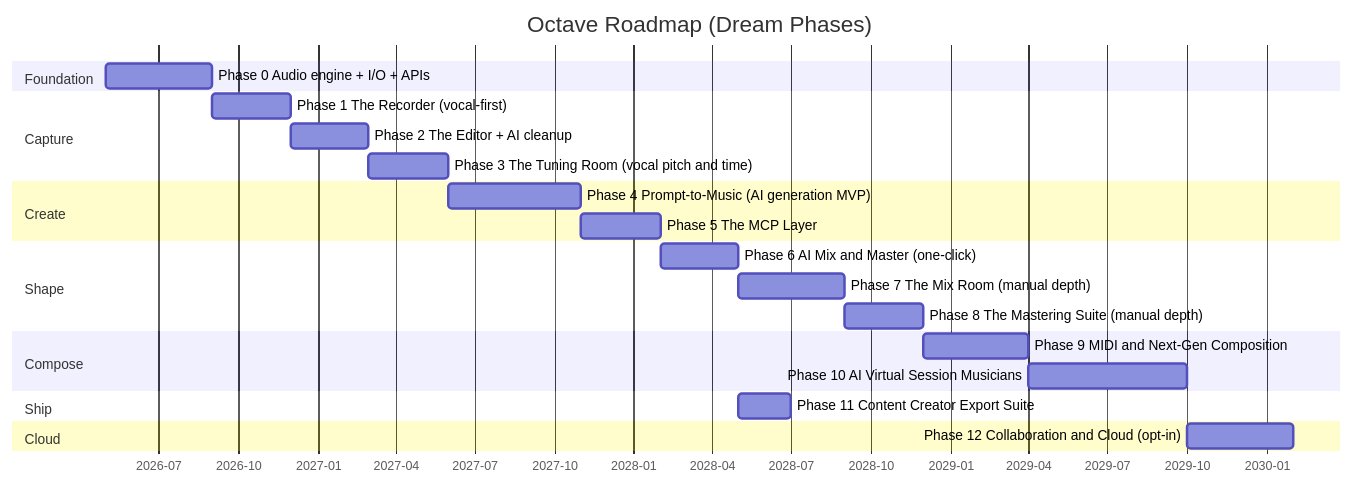
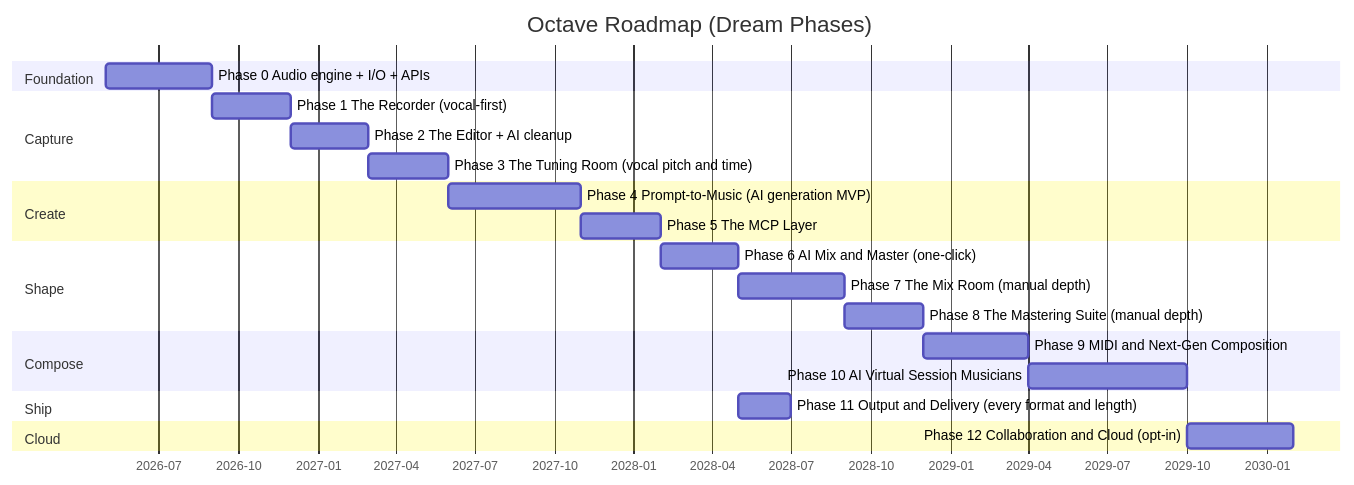
Before and after one commit to sandeepsj/octave: the fourth of 4 diagrams in PLAN.md, drawn with Mermaid. The commit also changed other lines of this file and 1 other file, not shown here.

First line of the commit message:
Broaden vision: not short-form-only, every listening context

````diff
--- a/PLAN.md
+++ b/PLAN.md
@@ -451,27 +484,27 @@
 ```mermaid
 gantt
     title Octave Roadmap (Dream Phases)
     dateFormat  YYYY-MM
     axisFormat  %Y-%m
 
     section Foundation
     Phase 0 Audio engine + I/O + APIs                 :p0, 2026-05, 4M
     section Capture
     Phase 1 The Recorder (vocal-first)                :p1, after p0, 3M
     Phase 2 The Editor + AI cleanup                   :p2, after p1, 3M
     Phase 3 The Tuning Room (vocal pitch and time)    :p3, after p2, 3M
     section Create
     Phase 4 Prompt-to-Music (AI generation MVP)       :p4, after p3, 5M
     Phase 5 The MCP Layer                             :p5, after p4, 3M
     section Shape
     Phase 6 AI Mix and Master (one-click)             :p6, after p5, 3M
     Phase 7 The Mix Room (manual depth)               :p7, after p6, 4M
     Phase 8 The Mastering Suite (manual depth)        :p8, after p7, 3M
     section Compose
     Phase 9 MIDI and Next-Gen Composition             :p9, after p8, 4M
     Phase 10 AI Virtual Session Musicians             :p10, after p9, 6M
     section Ship
-    Phase 11 Content Creator Export Suite             :p11, after p6, 2M
+    Phase 11 Output and Delivery (every format and length) :p11, after p6, 2M
     section Cloud
     Phase 12 Collaboration and Cloud (opt-in)         :p12, after p10, 4M
 ```
````
